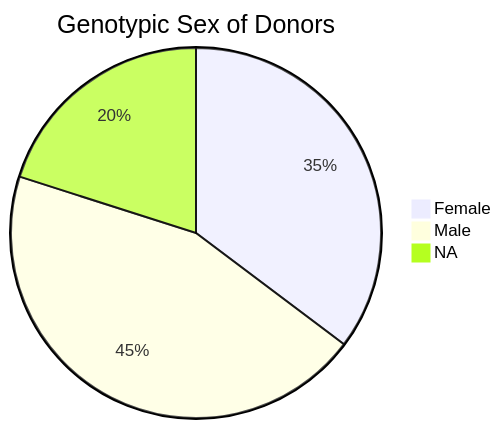
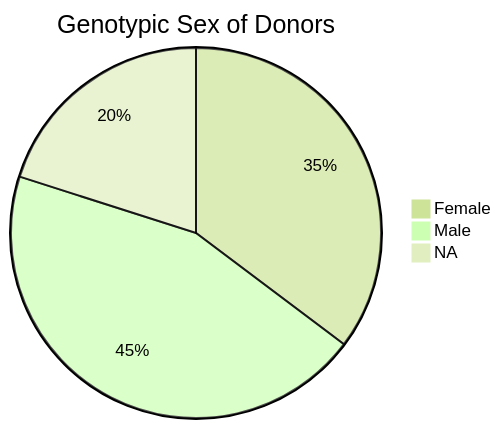
Before and after one commit to progenetix/cancercelllines-web: the diagram in docs/index.md, drawn with Mermaid.

````diff
--- a/docs/index.md
+++ b/docs/index.md
@@ -16,9 +16,9 @@
 ```mermaid
-%%{init: {"pie": {"pie1": "#E0BBE4", "pie2": "#957DAD", "pie3": "#D291BC"} }%%
+%%{init: {'theme':'forest'}}%%
 pie title Genotypic Sex of Donors
   "Female" : 1486
   "Male" : 1882
   "NA" : 846
 
 
 ```
````
